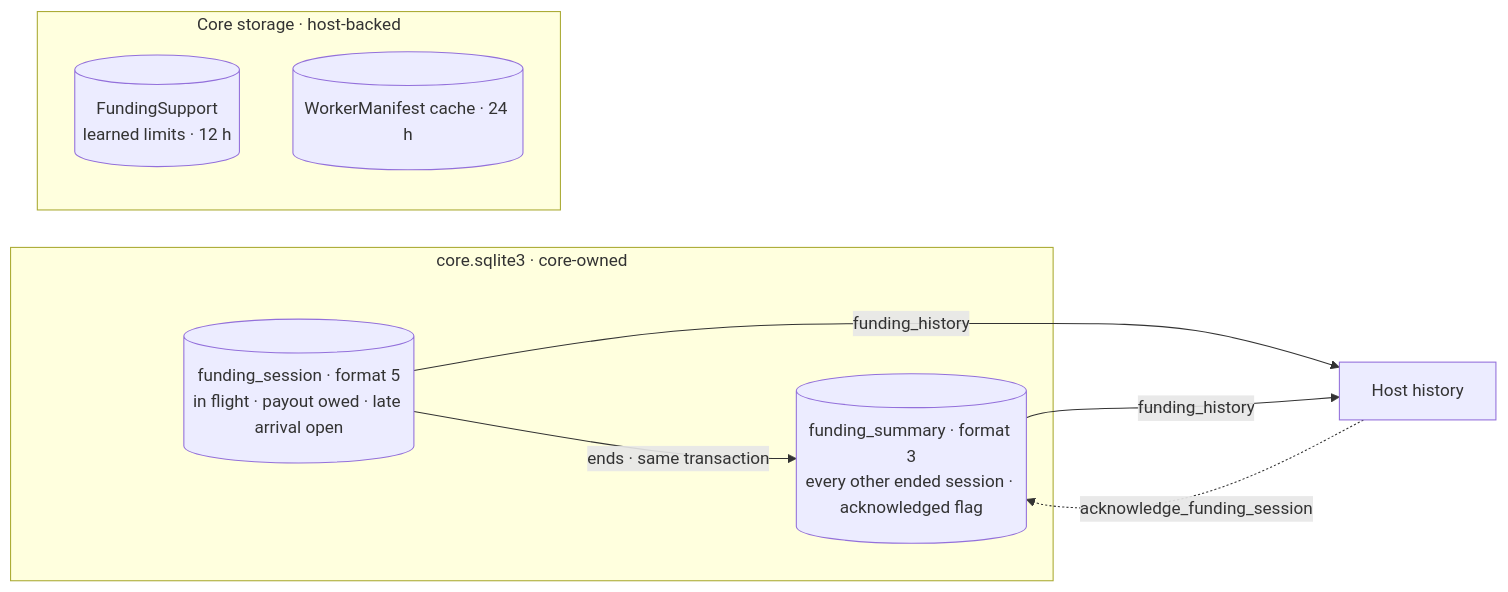
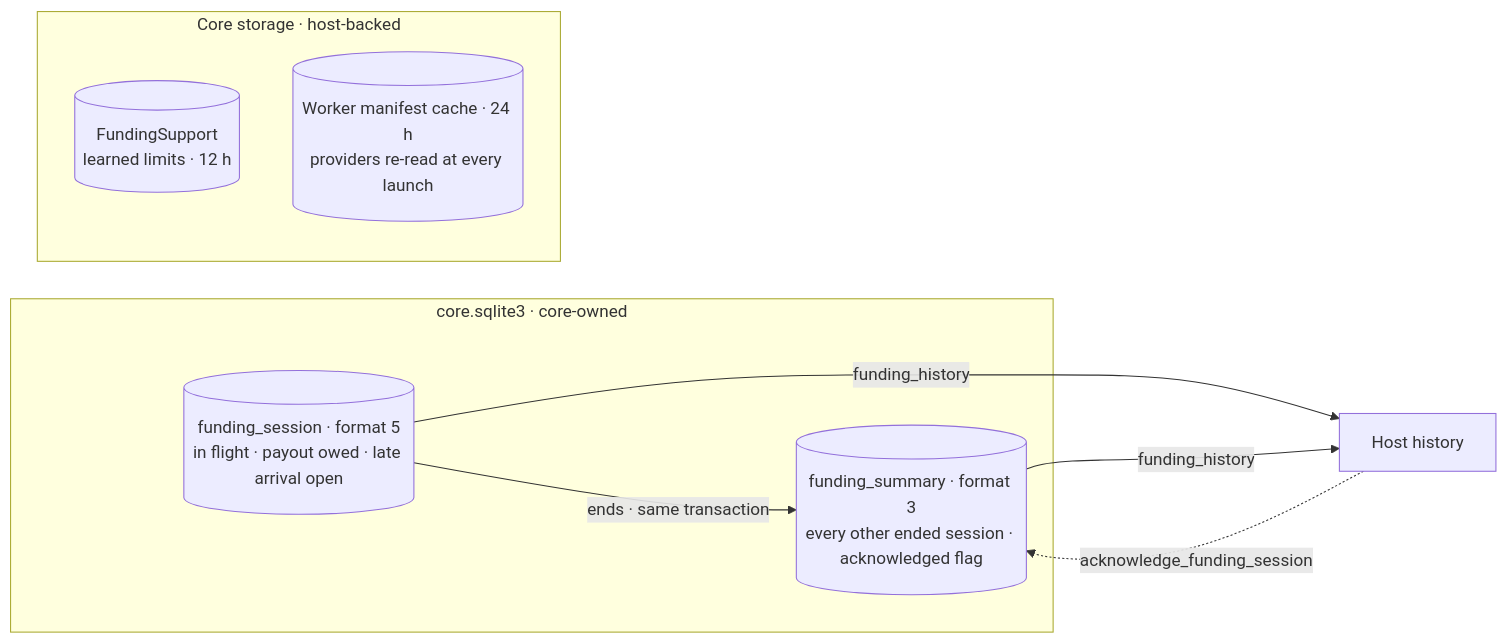
One commit to paritytech/trinity-user-agents changed the ninth of 10 diagrams in docs/design/funding-modality.md. Above: the diagram before and after it, drawn with Mermaid. The commit also changed other lines of this file and 1 other file, not shown here.

````diff
--- a/docs/design/funding-modality.md
+++ b/docs/design/funding-modality.md
@@ -247,14 +252,14 @@
 ```mermaid
 flowchart LR
   subgraph db["core.sqlite3 · core-owned"]
     s[(funding_session · format 5<br/>in flight · payout owed · late arrival open)]
     k[(funding_summary · format 3<br/>every other ended session · acknowledged flag)]
   end
   subgraph kv["Core storage · host-backed"]
     l[(FundingSupport<br/>learned limits · 12 h)]
-    m[(WorkerManifest cache · 24 h)]
+    m[(Worker manifest cache · 24 h<br/>providers re-read at every launch)]
   end
   s -- "ends · same transaction" --> k
   s & k -- funding_history --> hv[Host history]
   hv -. acknowledge_funding_session .-> k
 ```
````
